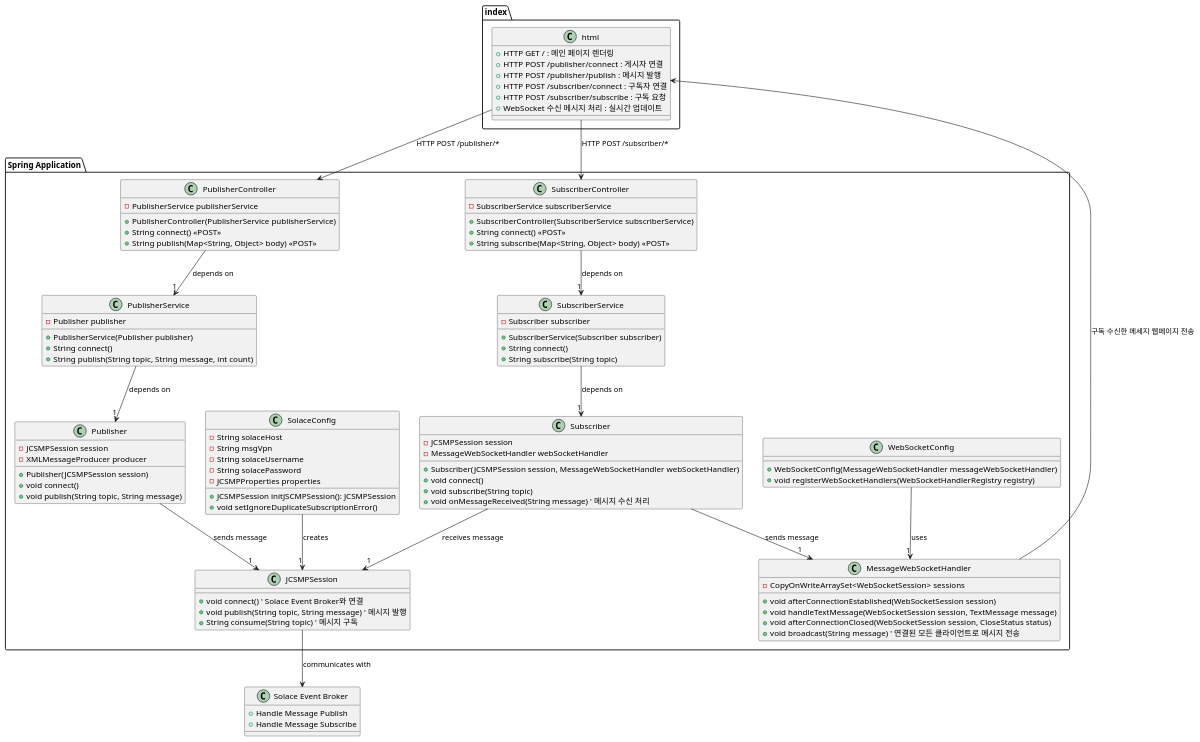
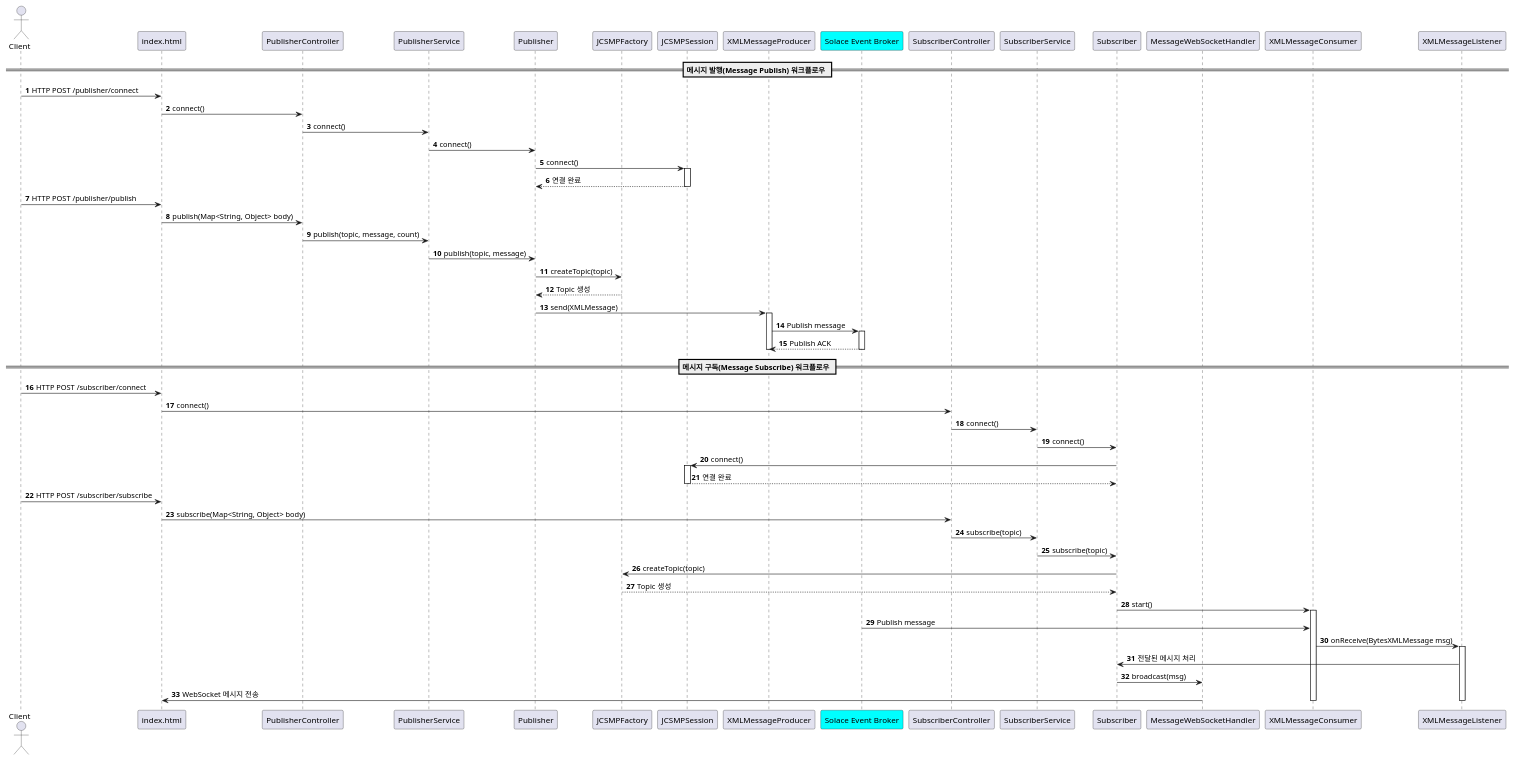
One commit to okaypark/Solace_JCSMP_API_Test changed the diagram in src/main/java/JCSMP_Test_Sequence.puml. Above: the diagram before and after it, drawn with PlantUML.

Commit message:
시퀀드다이아그램

```diff
--- a/src/main/java/JCSMP_Test_Sequence.puml
+++ b/src/main/java/JCSMP_Test_Sequence.puml
@@ -1,112 +1,74 @@
 @startuml
+autonumber
 
-' Solace Event Broker (외부 시스템)
-class "Solace Event Broker" {
-    + Handle Message Publish
-    + Handle Message Subscribe
-}
+actor Client as C
+participant "index.html" as UI
+participant PublisherController as PC
+participant PublisherService as PS
+participant Publisher as P
+participant JCSMPFactory as F
+participant JCSMPSession as S
+participant XMLMessageProducer as MP
+participant "Solace Event Broker" as Broker #aqua
 
-' 그룹핑: Spring 기반 애플리케이션 컨텍스트
-package "Spring Application" {
+participant SubscriberController as SC
+participant SubscriberService as SS
+participant Subscriber as Sub
+participant MessageWebSocketHandler as WSH
+participant XMLMessageConsumer as MC
+participant XMLMessageListener as ML
 
-    class SolaceConfig {
-        - String solaceHost
-        - String msgVpn
-        - String solaceUsername
-        - String solacePassword
-        - JCSMPProperties properties
-        + JCSMPSession initJSCMPSession(): JCSMPSession
-        + void setIgnoreDuplicateSubscriptionError()
-    }
+== 메시지 발행(Message Publish) 워크플로우 ==
+C -> UI : HTTP POST /publisher/connect
+UI -> PC : connect()
+PC -> PS : connect()
+PS -> P : connect()
+P -> S : connect()
+activate S
+S --> P : 연결 완료
+deactivate S
 
-    class WebSocketConfig {
-        + WebSocketConfig(MessageWebSocketHandler messageWebSocketHandler)
-        + void registerWebSocketHandlers(WebSocketHandlerRegistry registry)
-    }
+C -> UI : HTTP POST /publisher/publish
+UI -> PC : publish(Map<String, Object> body)
+PC -> PS : publish(topic, message, count)
+PS -> P : publish(topic, message)
+P -> F : createTopic(topic)
+F --> P : Topic 생성
+P -> MP : send(XMLMessage)
+activate MP
+MP -> Broker : Publish message
+activate Broker
+Broker --> MP : Publish ACK
+deactivate Broker
+deactivate MP
 
-    class PublisherController {
-        - PublisherService publisherService
-        + PublisherController(PublisherService publisherService)
-        + String connect() <<POST>>
-        + String publish(Map<String, Object> body) <<POST>>
-    }
+== 메시지 구독(Message Subscribe) 워크플로우 ==
+C -> UI : HTTP POST /subscriber/connect
+UI -> SC : connect()
+SC -> SS : connect()
+SS -> Sub : connect()
+Sub -> S : connect()
+activate S
+S --> Sub : 연결 완료
+deactivate S
 
-    class SubscriberController {
-        - SubscriberService subscriberService
-        + SubscriberController(SubscriberService subscriberService)
-        + String connect() <<POST>>
-        + String subscribe(Map<String, Object> body) <<POST>>
-    }
+C -> UI : HTTP POST /subscriber/subscribe
+UI -> SC : subscribe(Map<String, Object> body)
+SC -> SS : subscribe(topic)
+SS -> Sub : subscribe(topic)
+Sub -> F : createTopic(topic)
+F --> Sub : Topic 생성
+Sub -> MC : start()
+activate MC
 
-    class PublisherService {
-        - Publisher publisher
-        + PublisherService(Publisher publisher)
-        + String connect()
-        + String publish(String topic, String message, int count)
-    }
+Broker -> MC : Publish message
+MC -> ML : onReceive(BytesXMLMessage msg)
+activate ML
 
-    class SubscriberService {
-        - Subscriber subscriber
-        + SubscriberService(Subscriber subscriber)
-        + String connect()
-        + String subscribe(String topic)
-    }
+ML -> Sub : 전달된 메시지 처리
+Sub -> WSH : broadcast(msg)
+WSH -> UI : WebSocket 메시지 전송
 
-    class Publisher {
-        - JCSMPSession session
-        - XMLMessageProducer producer
-        + Publisher(JCSMPSession session)
-        + void connect()
-        + void publish(String topic, String message)
-    }
-
-    class Subscriber {
-        - JCSMPSession session
-        - MessageWebSocketHandler webSocketHandler
-        + Subscriber(JCSMPSession session, MessageWebSocketHandler webSocketHandler)
-        + void connect()
-        + void subscribe(String topic)
-        + void onMessageReceived(String message) ' 메시지 수신 처리
-    }
-
-    class MessageWebSocketHandler {
-        - CopyOnWriteArraySet<WebSocketSession> sessions
-        + void afterConnectionEstablished(WebSocketSession session)
-        + void handleTextMessage(WebSocketSession session, TextMessage message)
-        + void afterConnectionClosed(WebSocketSession session, CloseStatus status)
-        + void broadcast(String message) ' 연결된 모든 클라이언트로 메시지 전송
-    }
-
-    class JCSMPSession {
-        + void connect() ' Solace Event Broker와 연결
-        + void publish(String topic, String message) ' 메시지 발행
-        + String consume(String topic) ' 메시지 구독
-    }
-
-}
-
-' HTTP Client (index.html)
-class "index.html" {
-    + HTTP GET / : 메인 페이지 렌더링
-    + HTTP POST /publisher/connect : 게시자 연결
-    + HTTP POST /publisher/publish : 메시지 발행
-    + HTTP POST /subscriber/connect : 구독자 연결
-    + HTTP POST /subscriber/subscribe : 구독 요청
-    + WebSocket 수신 메시지 처리 : 실시간 업데이트
-}
-
-' Relationships
-SolaceConfig --> "1" JCSMPSession : creates
-WebSocketConfig --> "1" MessageWebSocketHandler : uses
-PublisherController --> "1" PublisherService : depends on
-SubscriberController --> "1" SubscriberService : depends on
-Publisher --> "1" JCSMPSession : sends message
-Subscriber --> "1" JCSMPSession : receives message
-Subscriber --> "1" MessageWebSocketHandler : sends message
-MessageWebSocketHandler --> "index.html" : 구독 수신한 메세지 웹페이지 전송
-PublisherService --> "1" Publisher : depends on
-SubscriberService --> "1" Subscriber : depends on
-JCSMPSession --> "Solace Event Broker" : communicates with
-"index.html" --> PublisherController : HTTP POST /publisher/*
-"index.html" --> SubscriberController : HTTP POST /subscriber/*
+deactivate ML
+deactivate MC
 @enduml
```
